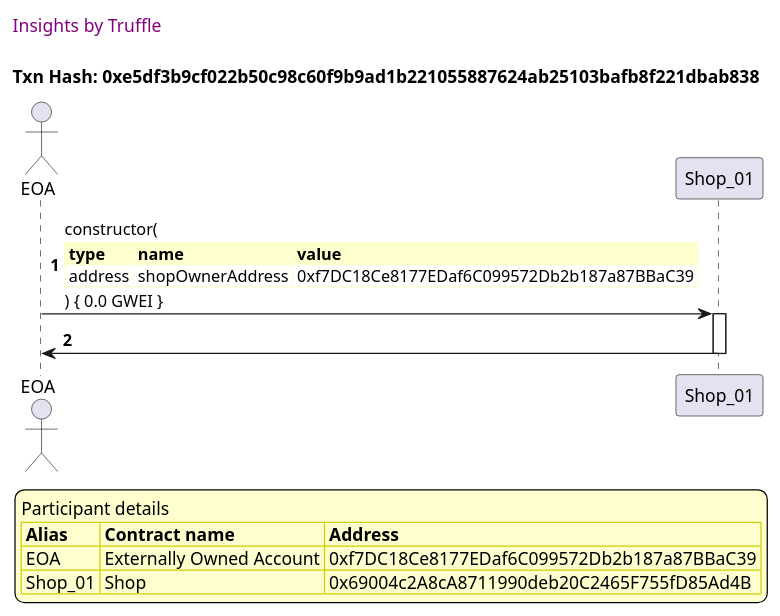
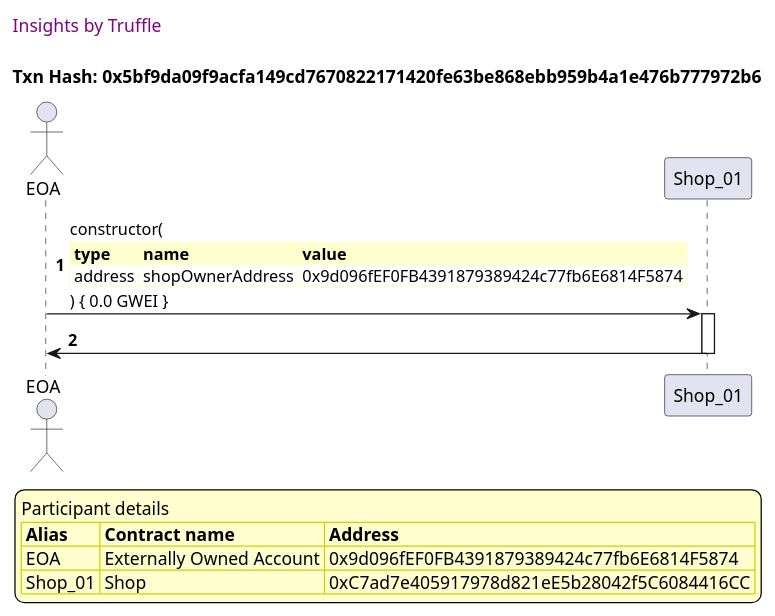
Before and after one commit to thedarkjester/ConsensysAssignment: the first of 2 diagrams in truffle-seq/Shop_test_shop_products.md, drawn with PlantUML. The commit also changed other lines of this file and 13 other files, not shown here.

````diff
--- a/truffle-seq/Shop_test_shop_products.md
+++ b/truffle-seq/Shop_test_shop_products.md
@@ -13,40 +13,40 @@
 ```plantuml
 
 
 @startuml
 
 autonumber
 skinparam legendBackgroundColor #FEFECE
 
 <style>
       header {
         HorizontalAlignment left
         FontColor purple
         FontSize 14
         Padding 10
       }
     </style>
 
 header Insights by Truffle
 
-title Txn Hash: 0xe5df3b9cf022b50c98c60f9b9ad1b221055887624ab25103bafb8f221dbab838
+title Txn Hash: 0x5bf9da09f9acfa149cd7670822171420fe63be868ebb959b4a1e476b777972b6
 
 
 actor EOA as "EOA"
 participant Shop_01 as "Shop_01"
 
 "EOA" -> "Shop_01" ++: constructor(\n\
 <#FEFECE,#FEFECE>|= type |= name |= value |\n\
-| address | shopOwnerAddress | 0xf7DC18Ce8177EDaf6C099572Db2b187a87BBaC39 |\n\
+| address | shopOwnerAddress | 0x9d096fEF0FB4391879389424c77fb6E6814F5874 |\n\
 ) { 0.0 GWEI }
 "Shop_01" -> "EOA" --: 
 
 legend
 Participant details
 <#FEFECE,#D0D000>|= Alias |= Contract name |= Address |
-<#FEFECE>| EOA | Externally Owned Account | 0xf7DC18Ce8177EDaf6C099572Db2b187a87BBaC39 |
-<#FEFECE>| Shop_01 | Shop | 0x69004c2A8cA8711990deb20C2465F755fD85Ad4B |
+<#FEFECE>| EOA | Externally Owned Account | 0x9d096fEF0FB4391879389424c77fb6E6814F5874 |
+<#FEFECE>| Shop_01 | Shop | 0xC7ad7e405917978d821eE5b28042f5C6084416CC |
 endlegend
 
 @enduml
 ```
````
